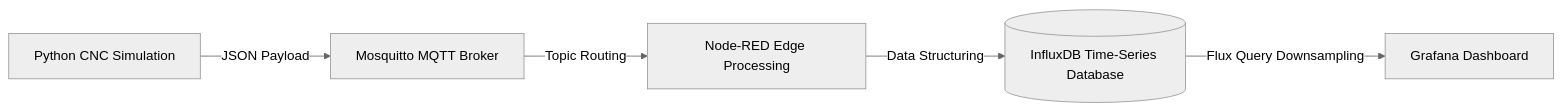
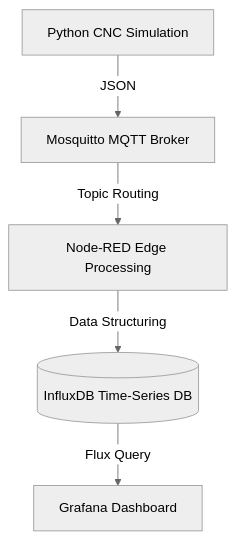
The diagram in README.md (nitin-iiot/IIoT-Edge-Telemetry-Pipeline), drawn with Mermaid (neutral theme) before and after one commit. The commit also changed other lines of this file, not shown here.

Commit message:
docs: refactor architecture diagram to TD layout and update Flux nomenclature
Standardized messaging terminology and updated aggregateWindow variables to idiomatic v.windowPeriod

````diff
--- a/README.md
+++ b/README.md
@@ -14,7 +14,7 @@
 ```mermaid
-graph LR
-    A[Python CNC Simulation] -->|JSON Payload| B[Mosquitto MQTT Broker]
+graph TD
+    A[Python CNC Simulation] -->|JSON| B[Mosquitto MQTT Broker]
     B -->|Topic Routing| C[Node-RED Edge Processing]
-    C -->|Data Structuring| D[(InfluxDB Time-Series Database)]
-    D -->|Flux Query Downsampling| E[Grafana Dashboard]
+    C -->|Data Structuring| D[(InfluxDB Time-Series DB)]
+    D -->|Flux Query| E[Grafana Dashboard]
 ```
````
